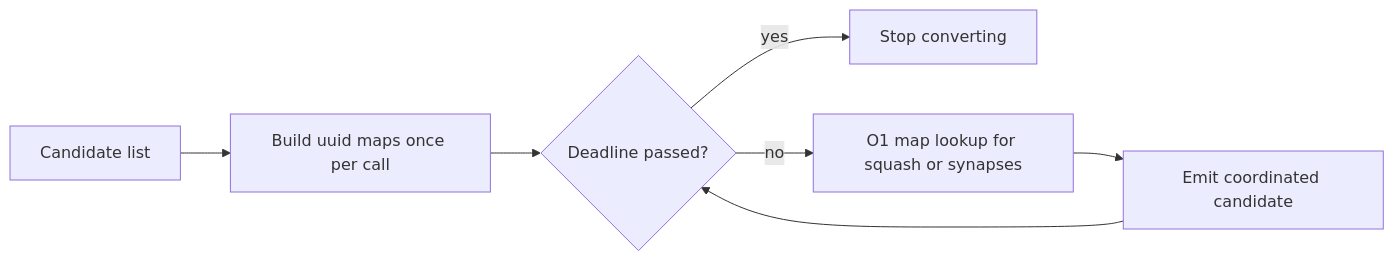
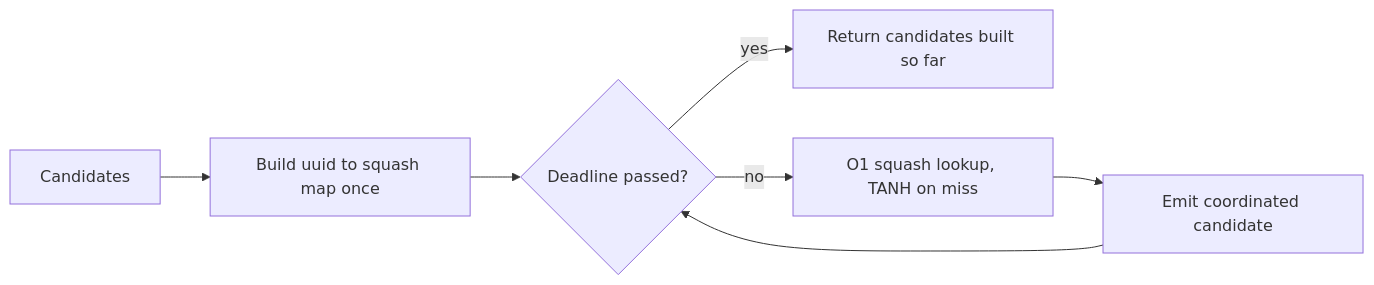
One commit to stSoftwareAU/NEAT-AI-Discovery changed the diagram in docs/archive/pr-summaries/pr-summary-2350.md. Above: the diagram before and after it, drawn with Mermaid. The commit also changed other lines of this file, not shown here.

````diff
--- a/docs/archive/pr-summaries/pr-summary-2350.md
+++ b/docs/archive/pr-summaries/pr-summary-2350.md
@@ -111,9 +43,9 @@
 ```mermaid
 flowchart LR
-    A[Candidate list] --> B[Build uuid maps once per call]
+    A[Candidates] --> B[Build uuid to squash map once]
     B --> C{Deadline passed?}
-    C -- yes --> D[Stop converting]
-    C -- no --> E[O1 map lookup for squash or synapses]
+    C -- yes --> D[Return candidates built so far]
+    C -- no --> E[O1 squash lookup, TANH on miss]
     E --> F[Emit coordinated candidate]
     F --> C
 ```
````
